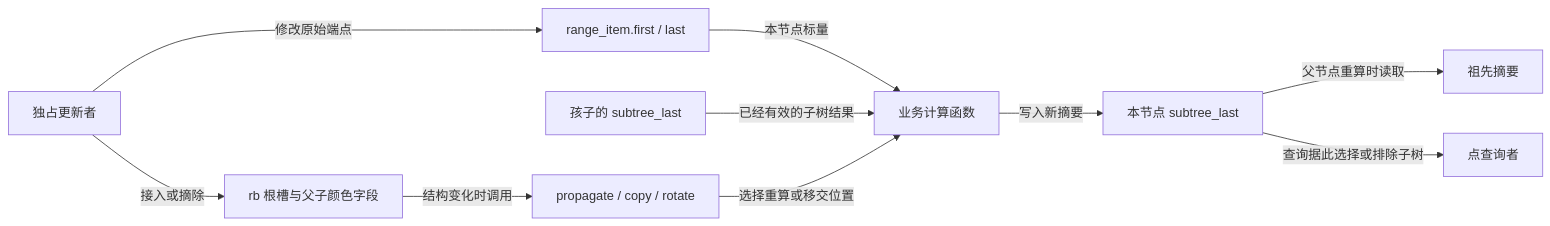
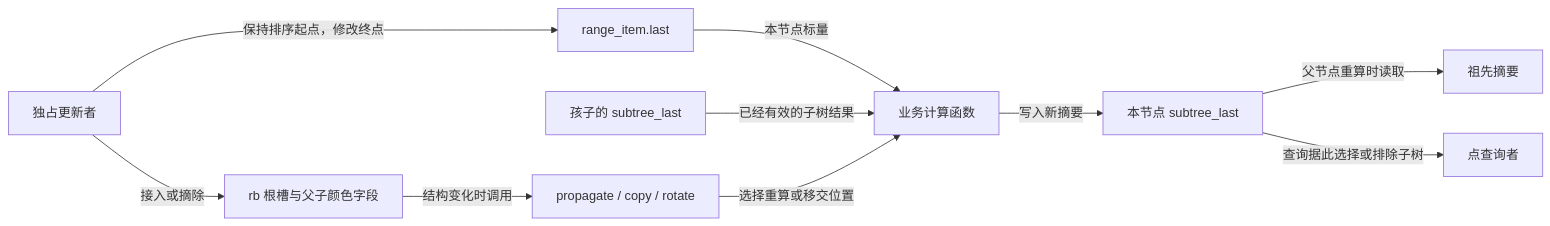
One commit to FormingSystem/linux_note changed the first of 2 diagrams in knowledge/linux/data_structures/红黑树_rb-tree/P44_区间查询与子树摘要.md. Above: the diagram before and after it, drawn with Mermaid. The commit also changed other lines of this file and 22 other files, not shown here.

````diff
--- a/knowledge/linux/data_structures/红黑树_rb-tree/P44_区间查询与子树摘要.md
+++ b/knowledge/linux/data_structures/红黑树_rb-tree/P44_区间查询与子树摘要.md
@@ -37,12 +37,12 @@
 ```mermaid
 flowchart LR
     caller[独占更新者] -->|接入或摘除| tree[rb 根槽与父子颜色字段]
-    caller -->|修改原始端点| payload[range_item.first / last]
+    caller -->|保持排序起点，修改终点| payload[range_item.last]
     payload -->|本节点标量| compute[业务计算函数]
     child[孩子的 subtree_last] -->|已经有效的子树结果| compute
     compute -->|写入新摘要| summary[本节点 subtree_last]
     summary -->|父节点重算时读取| ancestor[祖先摘要]
     tree -->|结构变化时调用| callback[propagate / copy / rotate]
     callback -->|选择重算或移交位置| compute
     summary -->|查询据此选择或排除子树| reader[点查询者]
 ```
````
